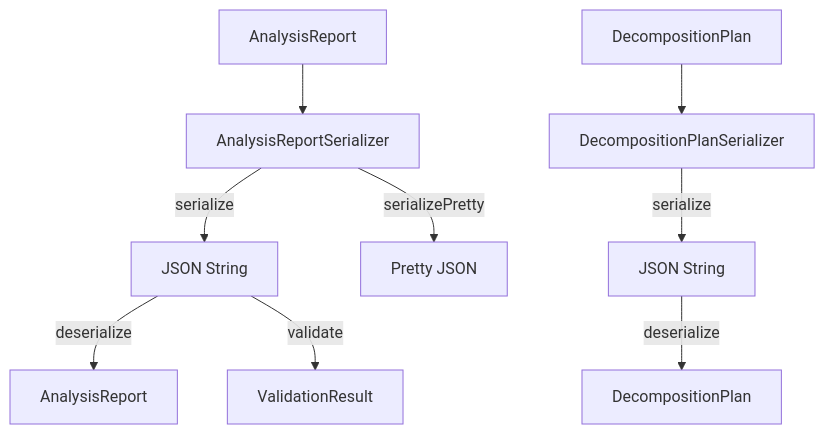
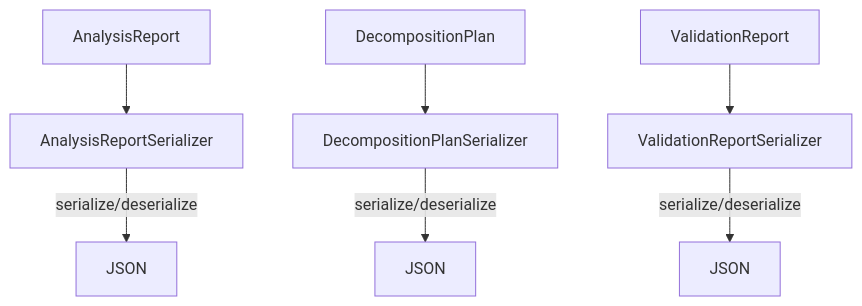
Before and after one commit to preyesc/erp-modernization-toolkit: the seventh of 10 diagrams in docs/architecture.md, drawn with Mermaid. The commit also changed other lines of this file and 107 other files, not shown here.

````diff
--- a/docs/architecture.md
+++ b/docs/architecture.md
@@ -135,13 +224,10 @@
 ```mermaid
 graph TD
     AR[AnalysisReport] --> ARS[AnalysisReportSerializer]
     DP[DecompositionPlan] --> DPS[DecompositionPlanSerializer]
+    VR[ValidationReport] --> VRS[ValidationReportSerializer]
 
-    ARS -->|serialize| JSON1[JSON String]
-    ARS -->|serializePretty| JSON2[Pretty JSON]
-    JSON1 -->|deserialize| AR2[AnalysisReport]
-    JSON1 -->|validate| VR[ValidationResult]
-
-    DPS -->|serialize| JSON3[JSON String]
-    JSON3 -->|deserialize| DP2[DecompositionPlan]
+    ARS -->|serialize/deserialize| JSON1[JSON]
+    DPS -->|serialize/deserialize| JSON2[JSON]
+    VRS -->|serialize/deserialize| JSON3[JSON]
 ```
````
